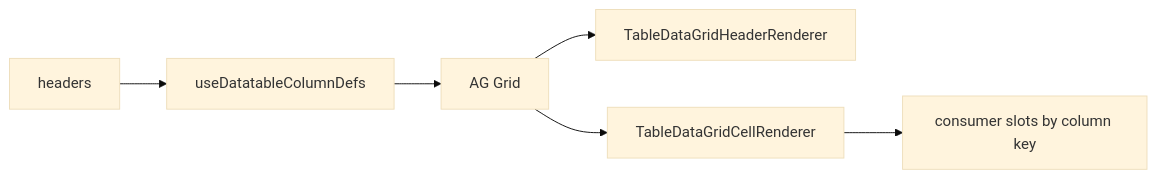
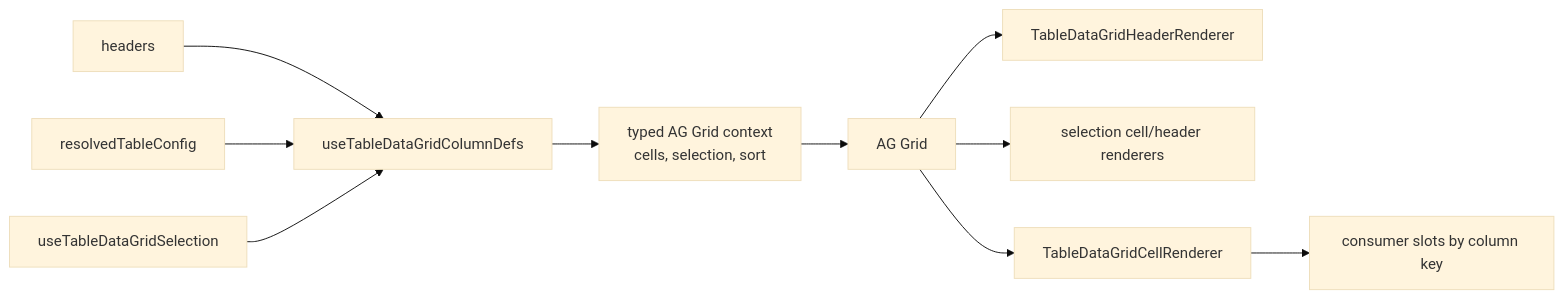
The fifth of 5 diagrams in packages/core/table-data-grid/docs/architecture.md (Kong/public-ui-components), drawn with Mermaid (base theme) before and after one commit. The commit also changed other lines of this file and 34 other files, not shown here.

Commit message:
refactor(table-data-grid): clarify composable ownership

````diff
--- a/packages/core/table-data-grid/docs/architecture.md
+++ b/packages/core/table-data-grid/docs/architecture.md
@@ -246,15 +255,23 @@
 ```mermaid
 flowchart LR
   Headers["headers"]
-  ColumnDefs["useDatatableColumnDefs"]
+  Config["resolvedTableConfig"]
+  Selection["useTableDataGridSelection"]
+  ColumnDefs["useTableDataGridColumnDefs"]
+  Context["typed AG Grid context<br/>cells, selection, sort"]
   Grid["AG Grid"]
   HeaderRenderer["TableDataGridHeaderRenderer"]
+  SelectionRenderers["selection cell/header renderers"]
   CellRenderer["TableDataGridCellRenderer"]
   Slots["consumer slots by column key"]
 
   Headers --> ColumnDefs
-  ColumnDefs --> Grid
+  Config --> ColumnDefs
+  Selection --> ColumnDefs
+  ColumnDefs --> Context
+  Context --> Grid
   Grid --> HeaderRenderer
+  Grid --> SelectionRenderers
   Grid --> CellRenderer
   CellRenderer --> Slots
 ```
````
